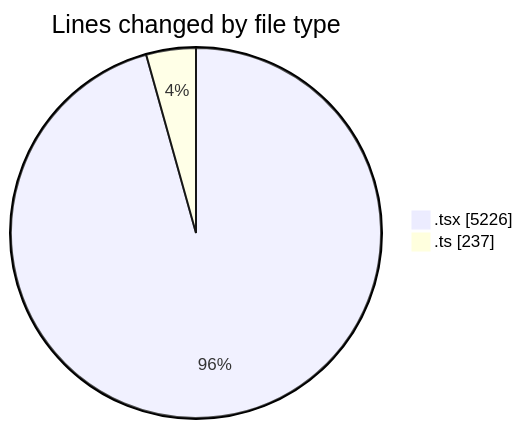
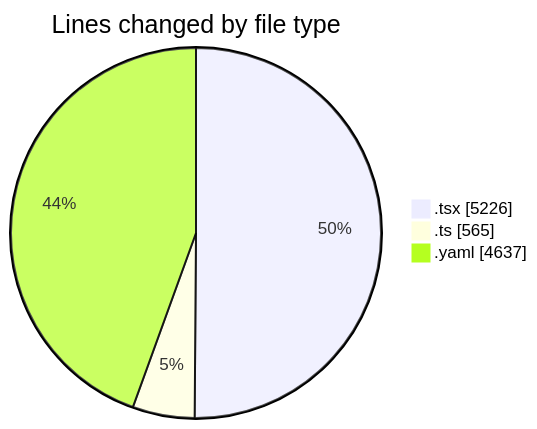
The first of 2 diagrams in 2025-10-13/eventscop-frontend-guide__workspace_/README.md (julien-gomy/code-tracking), drawn with Mermaid before and after one commit. The commit also changed other lines of this file and 1 other file, not shown here.

````diff
--- a/2025-10-13/eventscop-frontend-guide__workspace_/README.md
+++ b/2025-10-13/eventscop-frontend-guide__workspace_/README.md
@@ -41,6 +44,7 @@
 ```mermaid
 pie showData
 title Lines changed by file type
 ".tsx" : 5226
-".ts" : 237
+".ts" : 565
+".yaml" : 4637
 ```
````
